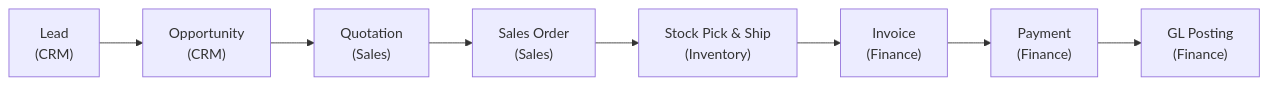
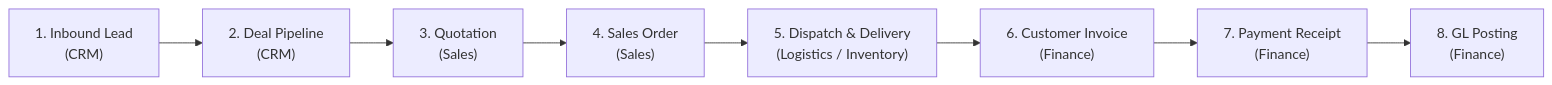
The first of 5 diagrams in user-guides/storylines/order-to-cash.md (tenarm/docs), drawn with Mermaid before and after one commit. The commit also changed other lines of this file and 42 other files, not shown here.

````diff
--- a/user-guides/storylines/order-to-cash.md
+++ b/user-guides/storylines/order-to-cash.md
@@ -14,10 +22,10 @@
 ```mermaid
 flowchart LR
-    A["Lead\n(CRM)"] --> B["Opportunity\n(CRM)"]
-    B --> C["Quotation\n(Sales)"]
-    C --> D["Sales Order\n(Sales)"]
-    D --> E["Stock Pick & Ship\n(Inventory)"]
-    E --> F["Invoice\n(Finance)"]
-    F --> G["Payment\n(Finance)"]
-    G --> H["GL Posting\n(Finance)"]
+    A["1. Inbound Lead\n(CRM)"] --> B["2. Deal Pipeline\n(CRM)"]
+    B --> C["3. Quotation\n(Sales)"]
+    C --> D["4. Sales Order\n(Sales)"]
+    D --> E["5. Dispatch & Delivery\n(Logistics / Inventory)"]
+    E --> F["6. Customer Invoice\n(Finance)"]
+    F --> G["7. Payment Receipt\n(Finance)"]
+    G --> H["8. GL Posting\n(Finance)"]
 ```
````
